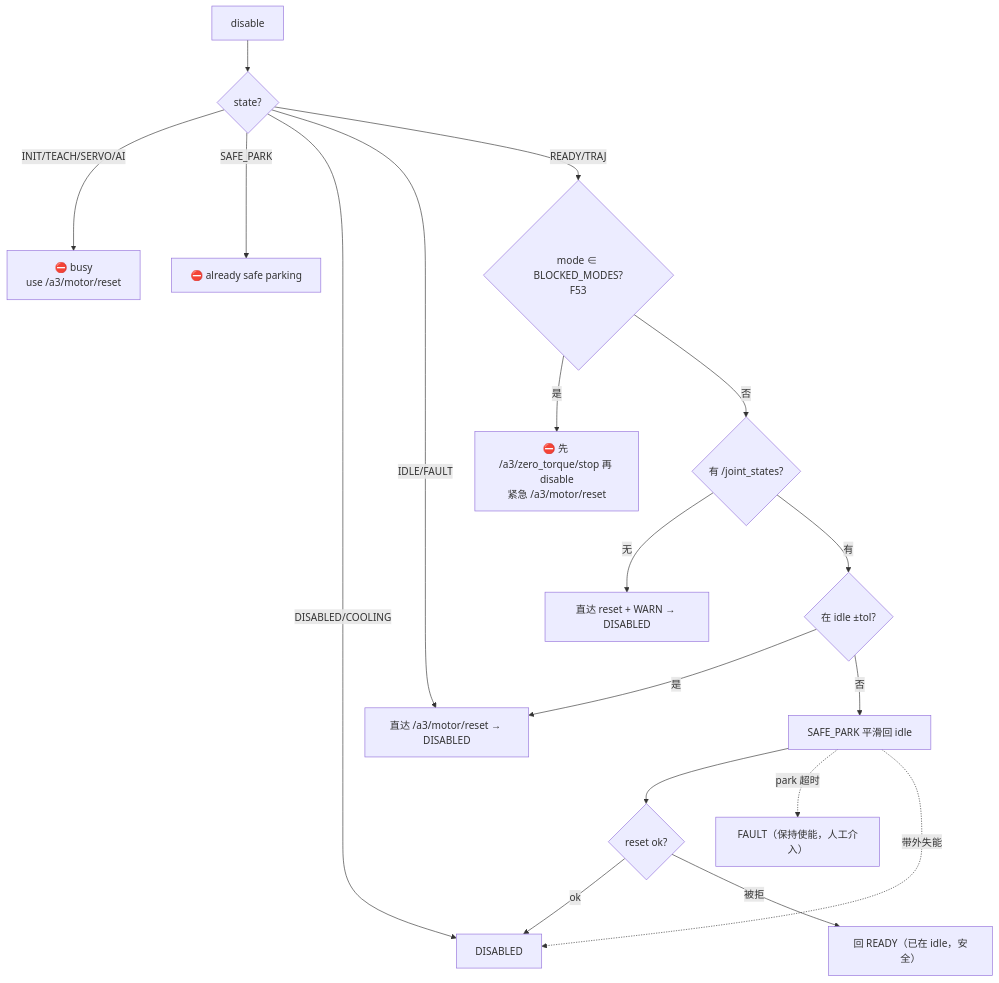
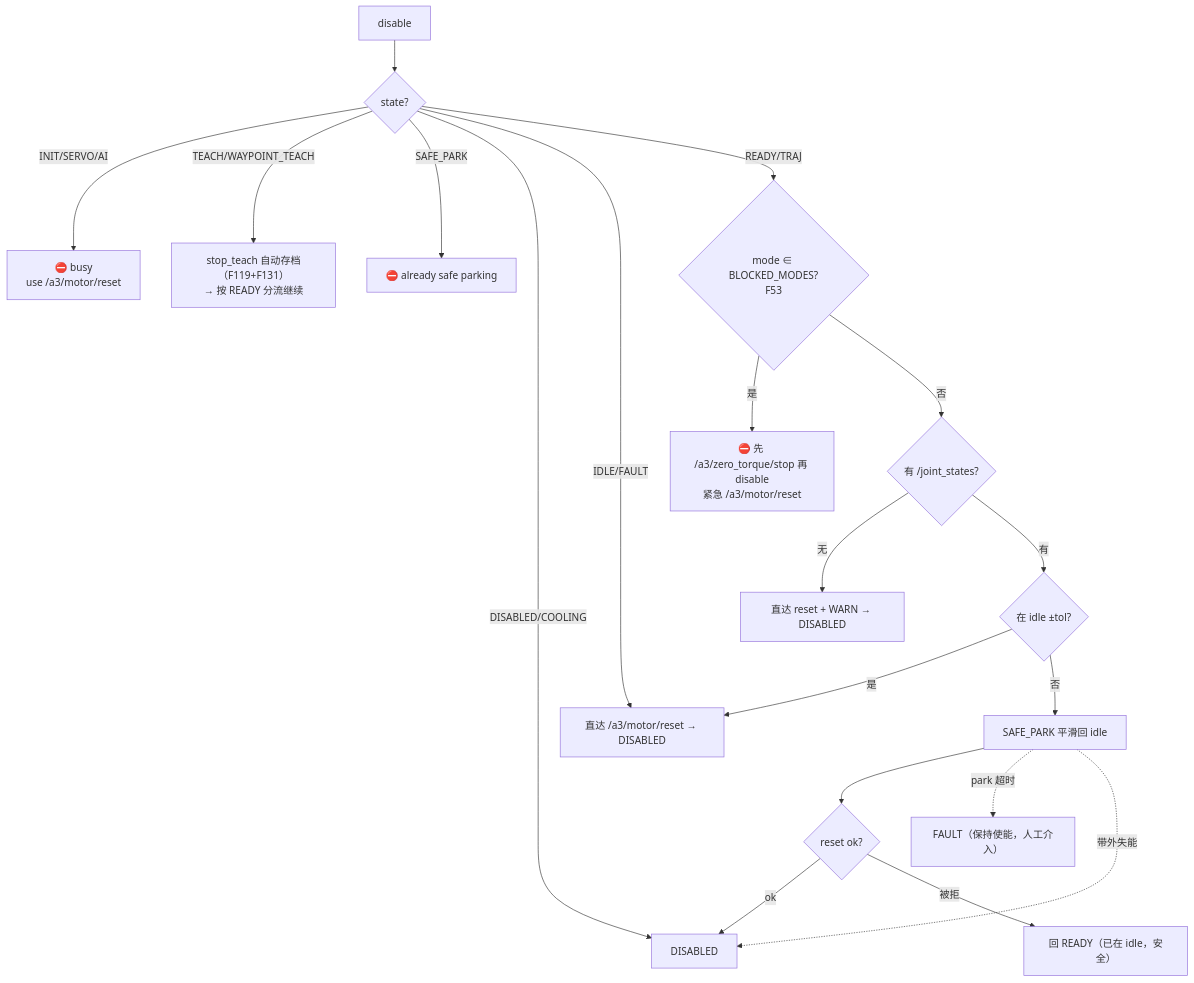
The third of 3 diagrams in docs/edge/STATE_MACHINE.md (deep-diary/a3_arm_ws), drawn with Mermaid before and after one commit. The commit also changed other lines of this file and 20 other files, not shown here.

````diff
--- a/docs/edge/STATE_MACHINE.md
+++ b/docs/edge/STATE_MACHINE.md
@@ -153,20 +159,21 @@
 ```mermaid
 flowchart TD
     D["disable"] --> S1{"state?"}
-    S1 -- INIT/TEACH/SERVO/AI --> E1["⛔ busy<br/>use /a3/motor/reset"]
+    S1 -- INIT/SERVO/AI --> E1["⛔ busy<br/>use /a3/motor/reset"]
+    S1 -- TEACH/WAYPOINT_TEACH --> E1b["stop_teach 自动存档（F119+F131）<br/>→ 按 READY 分流继续"]
     S1 -- SAFE_PARK --> E2["⛔ already safe parking"]
     S1 -- DISABLED/COOLING --> E3["✅ already disabled（幂等不动）"]
     S1 -- IDLE/FAULT --> E4["直达 /a3/motor/reset → DISABLED"]
     S1 -- READY/TRAJ --> M{"mode ∈ BLOCKED_MODES?<br/>F53"}
     M -- 是 --> E9["⛔ 先 /a3/zero_torque/stop 再 disable<br/>紧急 /a3/motor/reset"]
     M -- 否 --> JS{"有 /joint_states?"}
     JS -- 无 --> E5["直达 reset + WARN → DISABLED"]
     JS -- 有 --> HM{"在 idle ±tol?"}
     HM -- 是 --> E4
     HM -- 否 --> PK["SAFE_PARK 平滑回 idle"]
     PK --> R{"reset ok?"}
     R -- ok --> E3["DISABLED"]
     R -- 被拒--> E6["回 READY（已在 idle，安全）"]
     PK -. park 超时 .-> E7["FAULT（保持使能，人工介入）"]
     PK -. 带外失能 .-> E3
 ```
````
